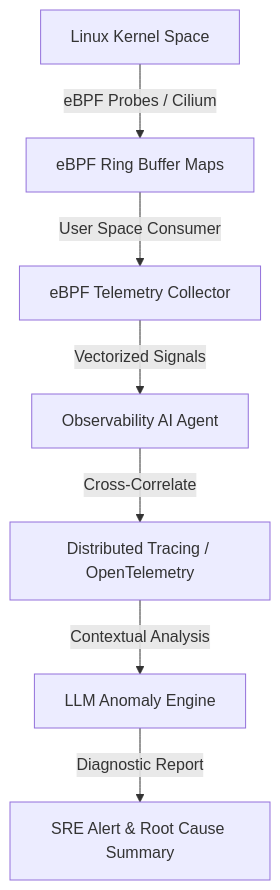
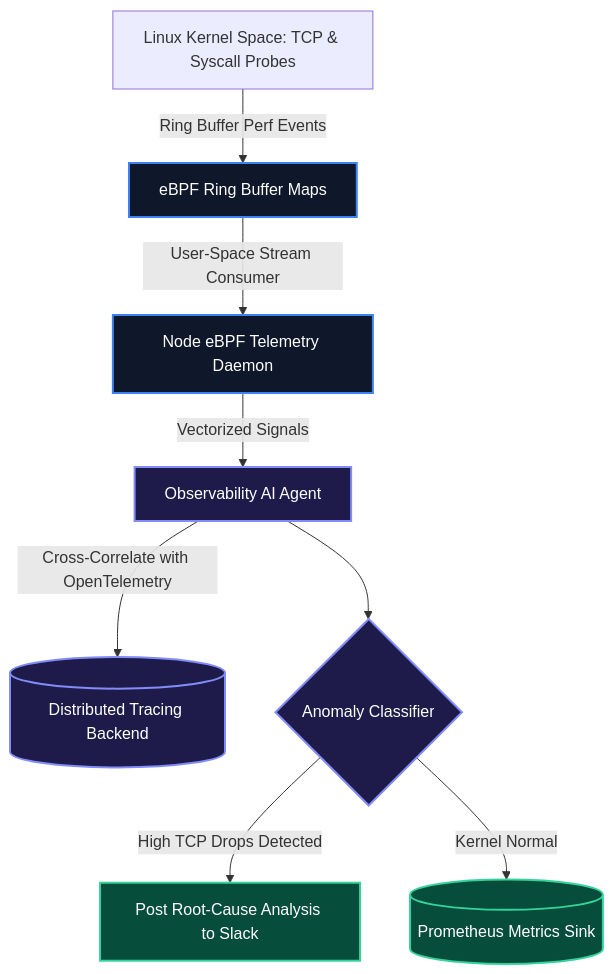
The diagram in content/posts/autonomous-ai-devops-agents/ai-devops-agents-part-5-ebpf-kernel-observability.mdx (Ovanthra-Inc/sidhya-blog), drawn with Mermaid before and after one commit. The commit also changed other lines of this file and 42 other files, not shown here.

````diff
--- a/content/posts/autonomous-ai-devops-agents/ai-devops-agents-part-5-ebpf-kernel-observability.mdx
+++ b/content/posts/autonomous-ai-devops-agents/ai-devops-agents-part-5-ebpf-kernel-observability.mdx
@@ -32,9 +32,16 @@
 ```mermaid
 graph TD
-    SubGraph1[Linux Kernel Space] -->|eBPF Probes / Cilium| Maps[eBPF Ring Buffer Maps]
-    Maps -->|User Space Consumer| Aggregator[eBPF Telemetry Collector]
-    Aggregator -->|Vectorized Signals| Agent[Observability AI Agent]
-    Agent -->|Cross-Correlate| TraceDB[Distributed Tracing / OpenTelemetry]
-    TraceDB -->|Contextual Analysis| LLM[LLM Anomaly Engine]
-    LLM -->|Diagnostic Report| Slack[SRE Alert & Root Cause Summary]
+    classDef kernelStyle fill:#0f172a,stroke:#3b82f6,stroke-width:2px,color:#fff;
+    classDef agentStyle fill:#1e1b4b,stroke:#818cf8,stroke-width:2px,color:#fff;
+    classDef outStyle fill:#064e3b,stroke:#34d399,stroke-width:2px,color:#fff;
+
+    Kernel[Linux Kernel Space: TCP & Syscall Probes] -->|Ring Buffer Perf Events| Maps[eBPF Ring Buffer Maps]:::kernelStyle
+    Maps -->|User-Space Stream Consumer| Daemon[Node eBPF Telemetry Daemon]:::kernelStyle
+    
+    Daemon -->|Vectorized Signals| Agent[Observability AI Agent]:::agentStyle
+    Agent -->|Cross-Correlate with OpenTelemetry| OTel[(Distributed Tracing Backend)]:::agentStyle
+    
+    Agent --> AnomalyCheck{Anomaly Classifier}:::agentStyle
+    AnomalyCheck -->|High TCP Drops Detected| SRETriage[Post Root-Cause Analysis to Slack]:::outStyle
+    AnomalyCheck -->|Kernel Normal| Metrics[(Prometheus Metrics Sink)]:::outStyle
 ```
````
